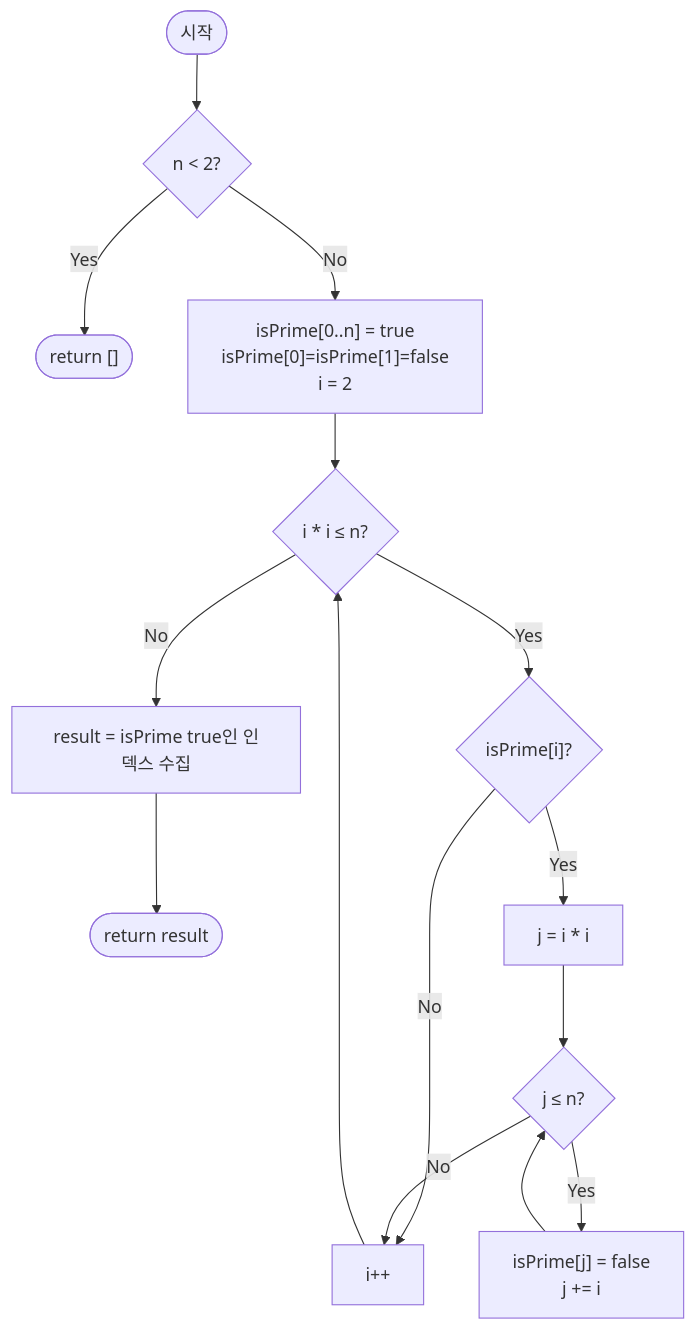
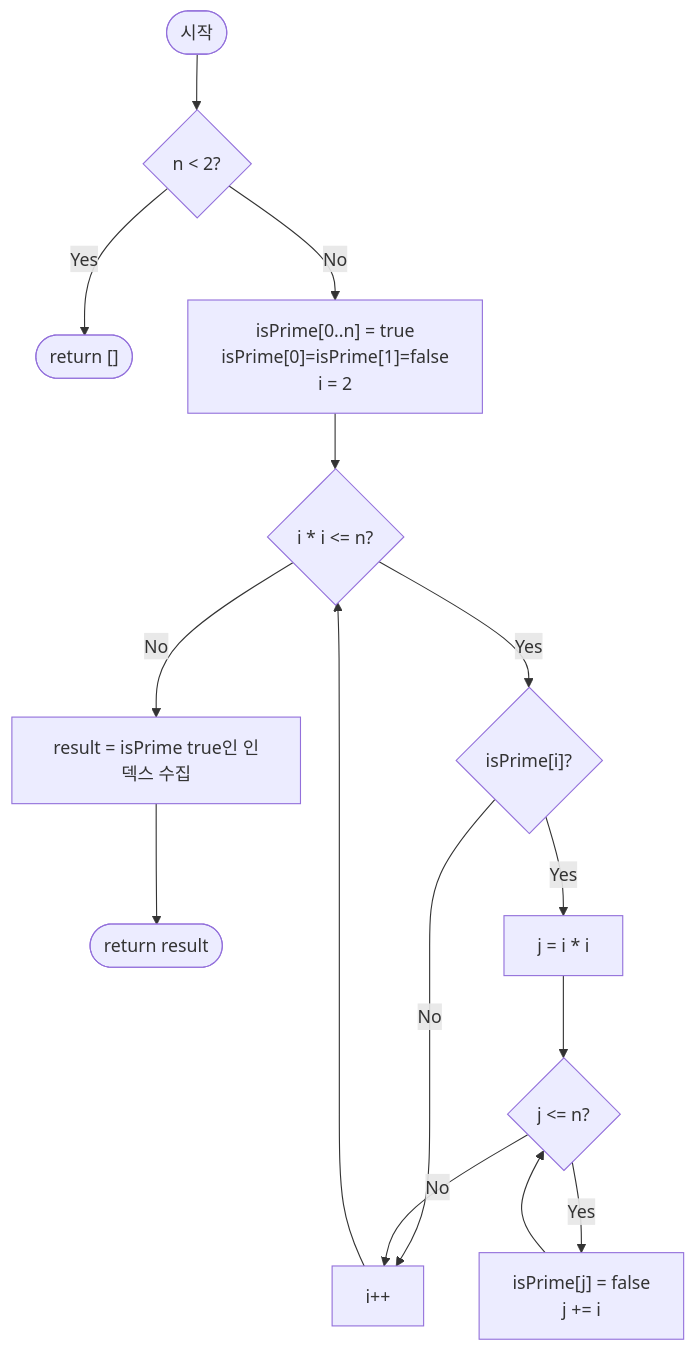
Before and after one commit to centurio1987/grow-up-programming: the diagram in src/algorithms/number-theory/sieveOfEratosthenes/sieveOfEratosthenes-guide.mdx, drawn with Mermaid. The commit also changed other lines of this file and 23 other files, not shown here.

````diff
--- a/src/algorithms/number-theory/sieveOfEratosthenes/sieveOfEratosthenes-guide.mdx
+++ b/src/algorithms/number-theory/sieveOfEratosthenes/sieveOfEratosthenes-guide.mdx
@@ -187,17 +292,17 @@
 ```mermaid
 flowchart TD
-    A([시작]) --> B{n < 2?}
+    A([시작]) --> B{"n < 2?"}
     B -- Yes --> C(["return []"])
     B -- No  --> D["isPrime[0..n] = true\nisPrime[0]=isPrime[1]=false\ni = 2"]
-    D --> E{i * i ≤ n?}
+    D --> E{"i * i <= n?"}
     E -- No  --> F["result = isPrime true인 인덱스 수집"]
     F --> G([return result])
     E -- Yes --> H{"isPrime[i]?"}
     H -- No  --> I["i++"]
     H -- Yes --> J["j = i * i"]
-    J --> K{j ≤ n?}
+    J --> K{"j <= n?"}
     K -- No  --> I
     K -- Yes --> L["isPrime[j] = false\nj += i"]
     L --> K
     I --> E
 ```
````
